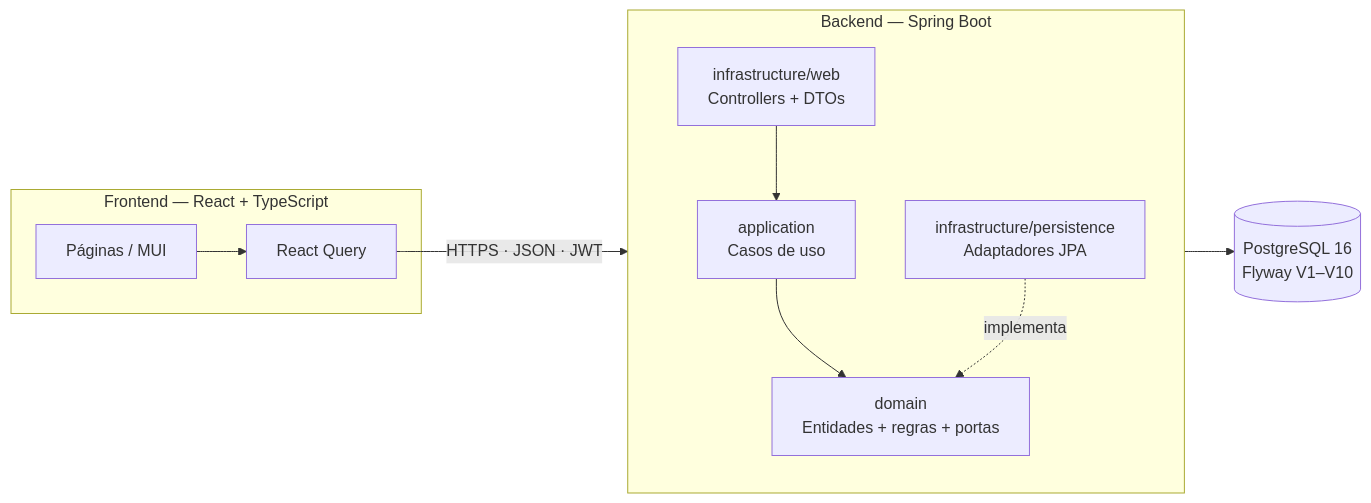
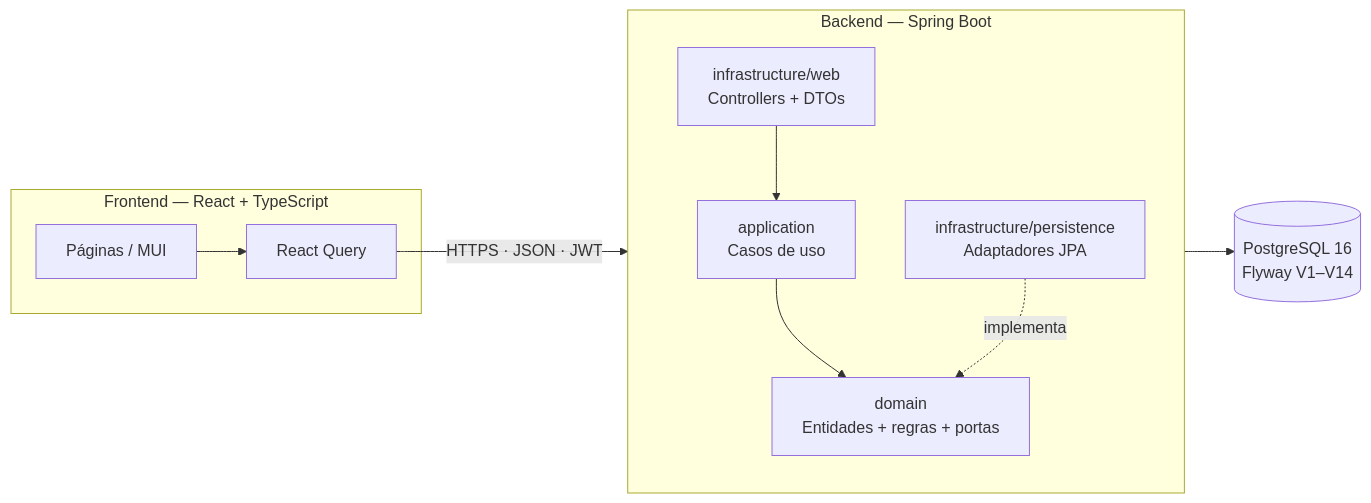
Before and after one commit to Krsoliveira/pcp-inteligente-producao: the first of 2 diagrams in README.md, drawn with Mermaid. The commit also changed other lines of this file, not shown here.

Commit message:
docs(readme): atualizar funcionalidades, segurança, testes, como rodar e roadmap para o estado atual

````diff
--- a/README.md
+++ b/README.md
@@ -88,14 +100,14 @@
 ```mermaid
 flowchart LR
     subgraph Frontend["Frontend — React + TypeScript"]
         UI[Páginas / MUI] --> RQ[React Query]
     end
     subgraph Backend["Backend — Spring Boot"]
         direction TB
         WEB[infrastructure/web<br/>Controllers + DTOs] --> APP[application<br/>Casos de uso]
         APP --> DOM[domain<br/>Entidades + regras + portas]
         JPA[infrastructure/persistence<br/>Adaptadores JPA] -. implementa .-> DOM
     end
     RQ -->|HTTPS · JSON · JWT| WEB
-    JPA --> DB[(PostgreSQL 16<br/>Flyway V1–V10)]
+    JPA --> DB[(PostgreSQL 16<br/>Flyway V1–V14)]
 ```
````
